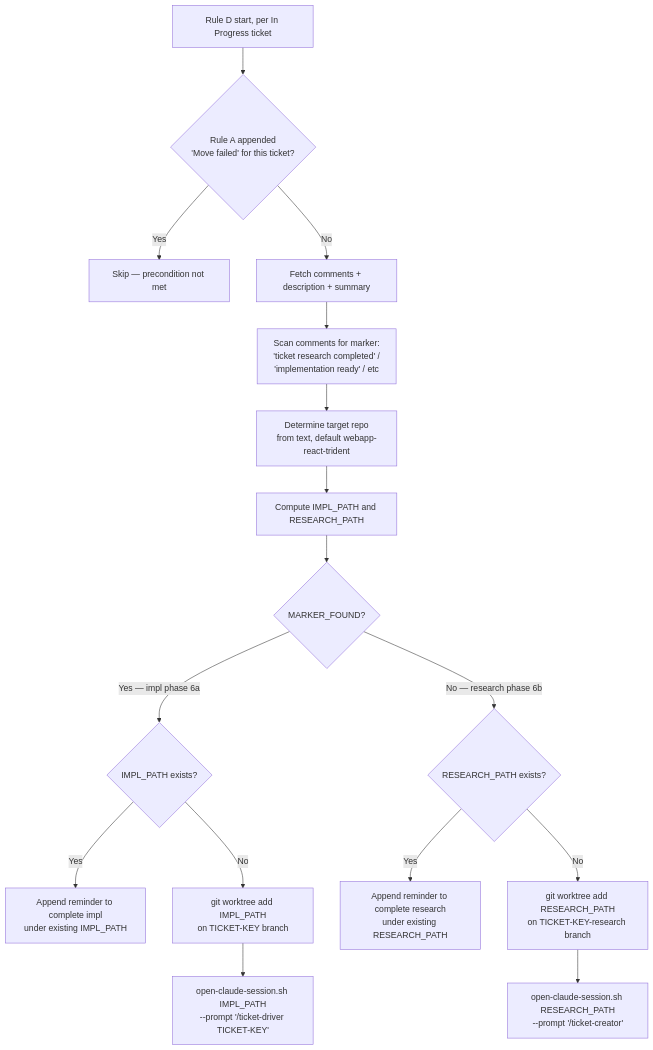
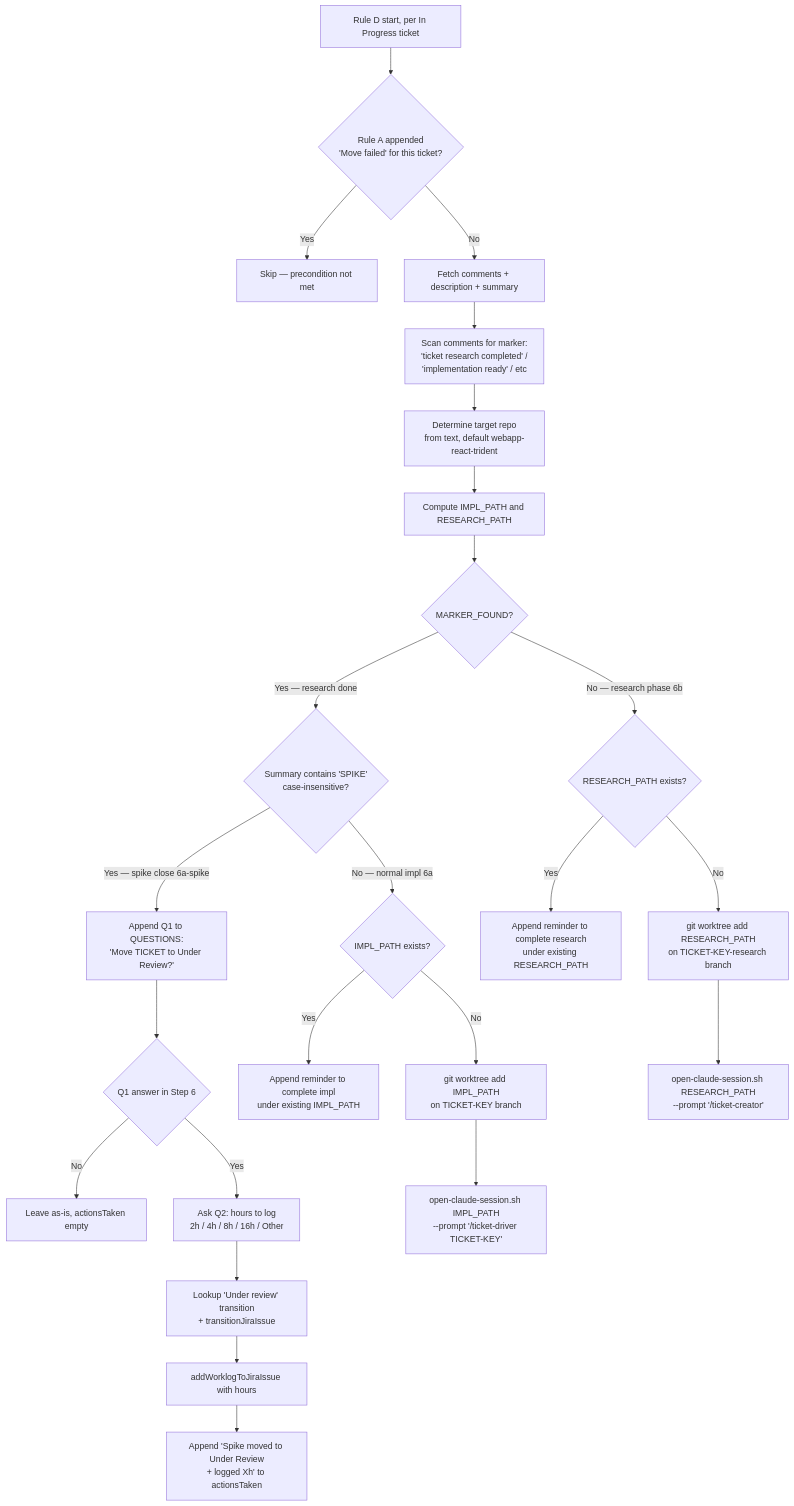
The fifth of 7 diagrams in skills/jira-sprint-manager/SKILL.md (fabiano001/claude-config), drawn with Mermaid before and after one commit. The commit also changed other lines of this file and 17 other files, not shown here.

````diff
--- a/skills/jira-sprint-manager/SKILL.md
+++ b/skills/jira-sprint-manager/SKILL.md
@@ -186,18 +265,26 @@
 ```mermaid
 flowchart TD
     A[Rule D start, per In Progress ticket] --> B{Rule A appended<br/>'Move failed' for this ticket?}
     B -->|Yes| Z[Skip — precondition not met]
     B -->|No| C[Fetch comments + description + summary]
     C --> D[Scan comments for marker:<br/>'ticket research completed' /<br/>'implementation ready' / etc]
     D --> E[Determine target repo<br/>from text, default webapp-react-trident]
     E --> F[Compute IMPL_PATH and RESEARCH_PATH]
     F --> G{MARKER_FOUND?}
-    G -->|Yes — impl phase 6a| H{IMPL_PATH exists?}
     G -->|No — research phase 6b| I{RESEARCH_PATH exists?}
+    G -->|Yes — research done| SPK{Summary contains 'SPIKE'<br/>case-insensitive?}
+    SPK -->|No — normal impl 6a| H{IMPL_PATH exists?}
+    SPK -->|Yes — spike close 6a-spike| Q1[Append Q1 to QUESTIONS:<br/>'Move TICKET to Under Review?']
+    Q1 --> AQ1{Q1 answer in Step 6}
+    AQ1 -->|No| NOACT[Leave as-is, actionsTaken empty]
+    AQ1 -->|Yes| Q2[Ask Q2: hours to log<br/>2h / 4h / 8h / 16h / Other]
+    Q2 --> TUR[Lookup 'Under review' transition<br/>+ transitionJiraIssue]
+    TUR --> WL[addWorklogToJiraIssue with hours]
+    WL --> AT[Append 'Spike moved to Under Review<br/>+ logged Xh' to actionsTaken]
     H -->|Yes| J[Append reminder to complete impl<br/>under existing IMPL_PATH]
     H -->|No| K[git worktree add IMPL_PATH<br/>on TICKET-KEY branch]
     K --> L[open-claude-session.sh IMPL_PATH<br/>--prompt '/ticket-driver TICKET-KEY']
     I -->|Yes| M[Append reminder to complete research<br/>under existing RESEARCH_PATH]
     I -->|No| N[git worktree add RESEARCH_PATH<br/>on TICKET-KEY-research branch]
     N --> O[open-claude-session.sh RESEARCH_PATH<br/>--prompt '/ticket-creator']
 ```
````
